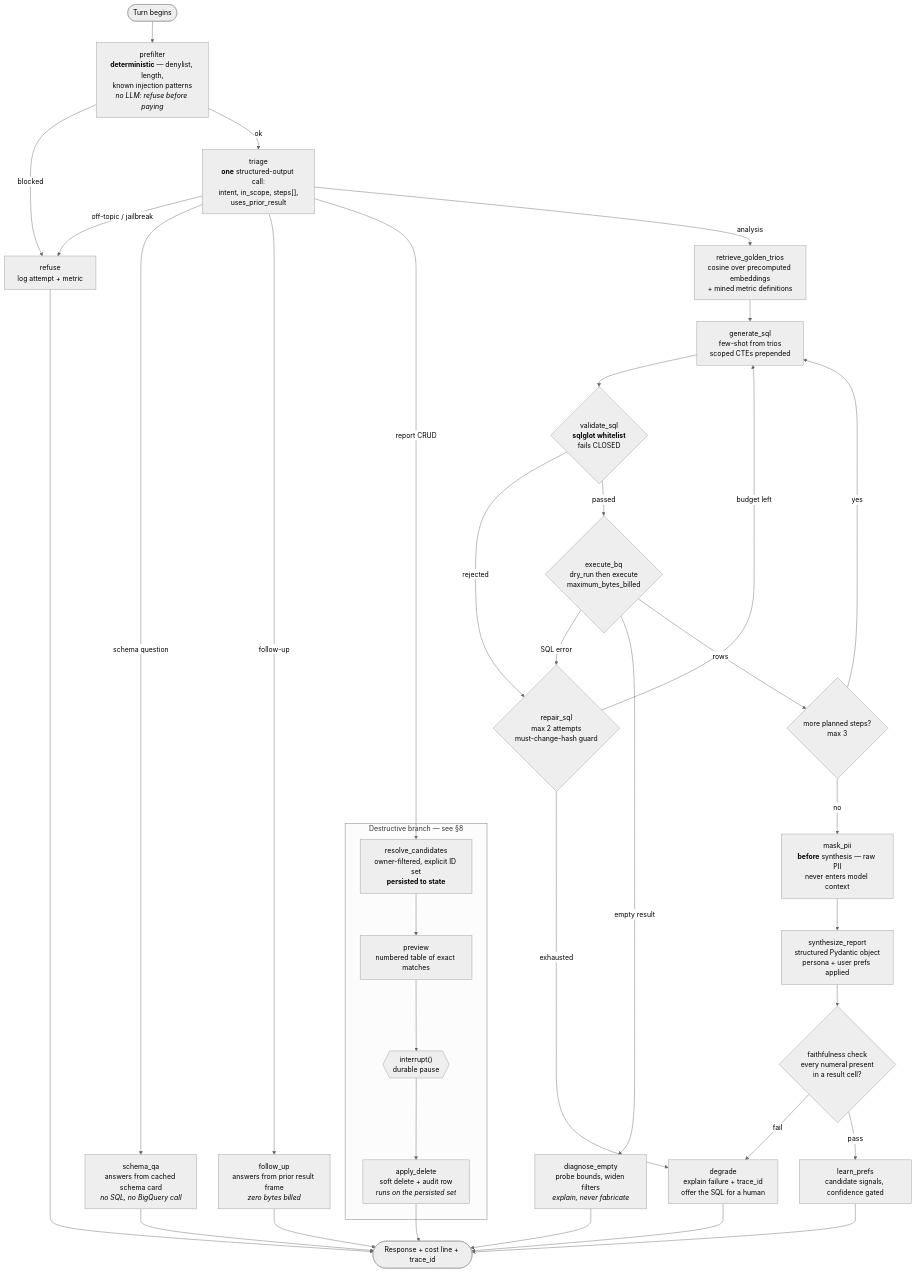
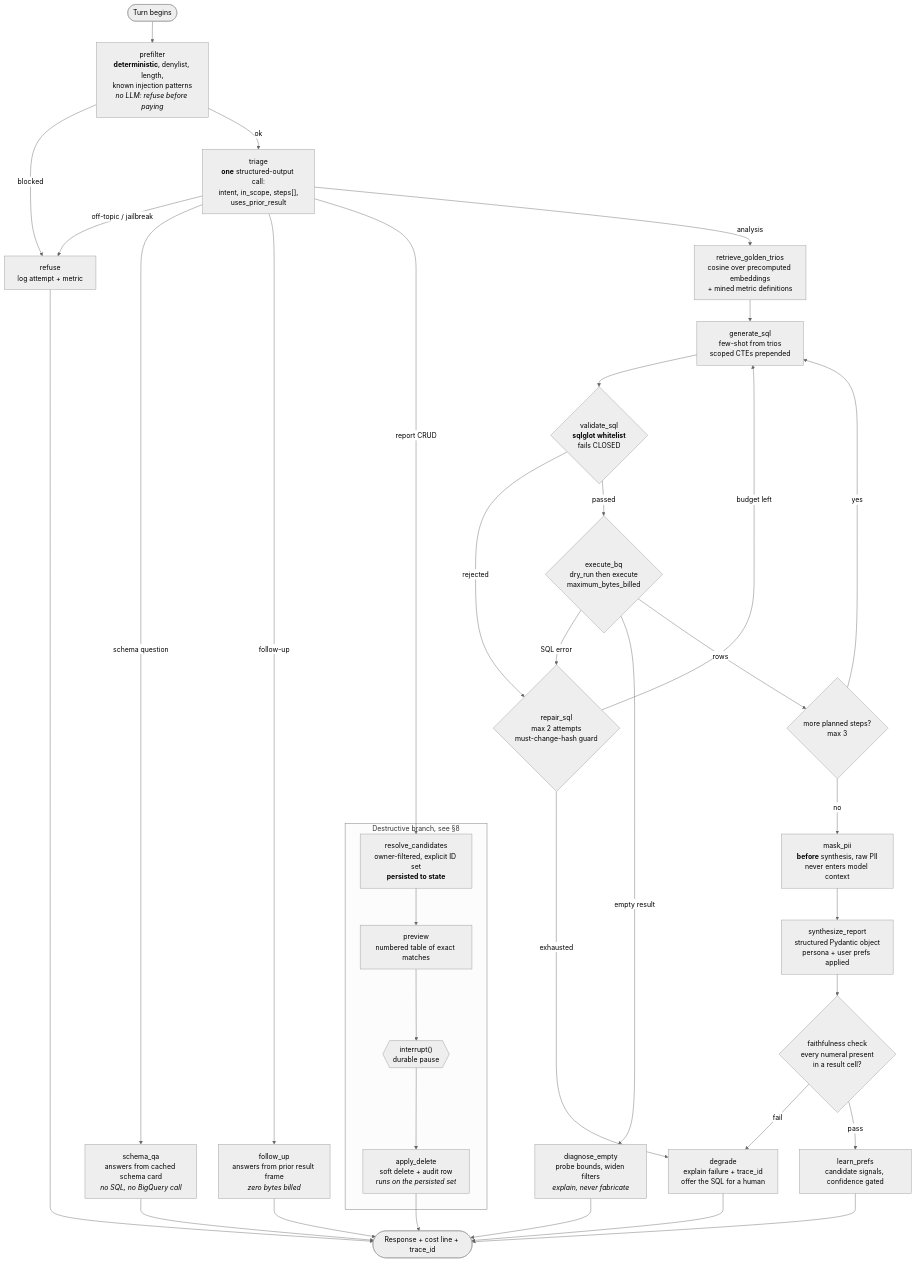
One commit to ganeshrepobox/analyst_assistant changed the second of 7 diagrams in docs/01-architecture.md. Above: the diagram before and after it, drawn with Mermaid (neutral theme). The commit also changed other lines of this file and 25 other files, not shown here.

````diff
--- a/docs/01-architecture.md
+++ b/docs/01-architecture.md
@@ -179,54 +179,54 @@
 ```mermaid
 flowchart TD
-    START(["Turn begins"]) --> PRE["prefilter<br/><b>deterministic</b> — denylist, length,<br/>known injection patterns<br/><i>no LLM: refuse before paying</i>"]
+    START(["Turn begins"]) --> PRE["prefilter<br/><b>deterministic</b>, denylist, length,<br/>known injection patterns<br/><i>no LLM: refuse before paying</i>"]
     PRE -->|blocked| REFUSE["refuse<br/>log attempt + metric"]
     PRE -->|ok| TRIAGE["triage<br/><b>one</b> structured-output call:<br/>intent, in_scope, steps[],<br/>uses_prior_result"]
 
     TRIAGE -->|off-topic / jailbreak| REFUSE
     TRIAGE -->|schema question| SCHEMA["schema_qa<br/>answers from cached schema card<br/><i>no SQL, no BigQuery call</i>"]
     TRIAGE -->|follow-up| FOLLOW["follow_up<br/>answers from prior result frame<br/><i>zero bytes billed</i>"]
     TRIAGE -->|report CRUD| RESOLVE
     TRIAGE -->|analysis| RETRIEVE
 
     RETRIEVE["retrieve_golden_trios<br/>cosine over precomputed embeddings<br/>+ mined metric definitions"] --> GEN
     GEN["generate_sql<br/>few-shot from trios<br/>scoped CTEs prepended"] --> VALID
 
     VALID{"validate_sql<br/><b>sqlglot whitelist</b><br/>fails CLOSED"}
     VALID -->|rejected| REPAIR
     VALID -->|passed| EXEC
 
     EXEC{"execute_bq<br/>dry_run then execute<br/>maximum_bytes_billed"}
     EXEC -->|SQL error| REPAIR
     EXEC -->|empty result| DIAG["diagnose_empty<br/>probe bounds, widen filters<br/><i>explain, never fabricate</i>"]
     EXEC -->|rows| NEXT
 
     REPAIR{"repair_sql<br/>max 2 attempts<br/>must-change-hash guard"}
     REPAIR -->|budget left| GEN
     REPAIR -->|exhausted| DEGRADE["degrade<br/>explain failure + trace_id<br/>offer the SQL for a human"]
 
     NEXT{"more planned steps?<br/>max 3"}
     NEXT -->|yes| GEN
     NEXT -->|no| MASK
 
-    MASK["mask_pii<br/><b>before</b> synthesis — raw PII<br/>never enters model context"] --> SYN
+    MASK["mask_pii<br/><b>before</b> synthesis, raw PII<br/>never enters model context"] --> SYN
     SYN["synthesize_report<br/>structured Pydantic object<br/>persona + user prefs applied"] --> FAITH
 
     FAITH{"faithfulness check<br/>every numeral present<br/>in a result cell?"}
     FAITH -->|fail| DEGRADE
     FAITH -->|pass| PREFS["learn_prefs<br/>candidate signals, confidence gated"]
 
     SCHEMA --> OUT
     FOLLOW --> OUT
     DIAG --> OUT
     DEGRADE --> OUT
     REFUSE --> OUT
     PREFS --> OUT(["Response + cost line + trace_id"])
 
-    subgraph destructive["Destructive branch — see §8"]
+    subgraph destructive["Destructive branch, see §8"]
         RESOLVE["resolve_candidates<br/>owner-filtered, explicit ID set<br/><b>persisted to state</b>"]
         RESOLVE --> PREVIEW["preview<br/>numbered table of exact matches"]
         PREVIEW --> INT{{"interrupt()<br/>durable pause"}}
         INT --> APPLY["apply_delete<br/>soft delete + audit row<br/><i>runs on the persisted set</i>"]
     end
     APPLY --> OUT
 ```
````
